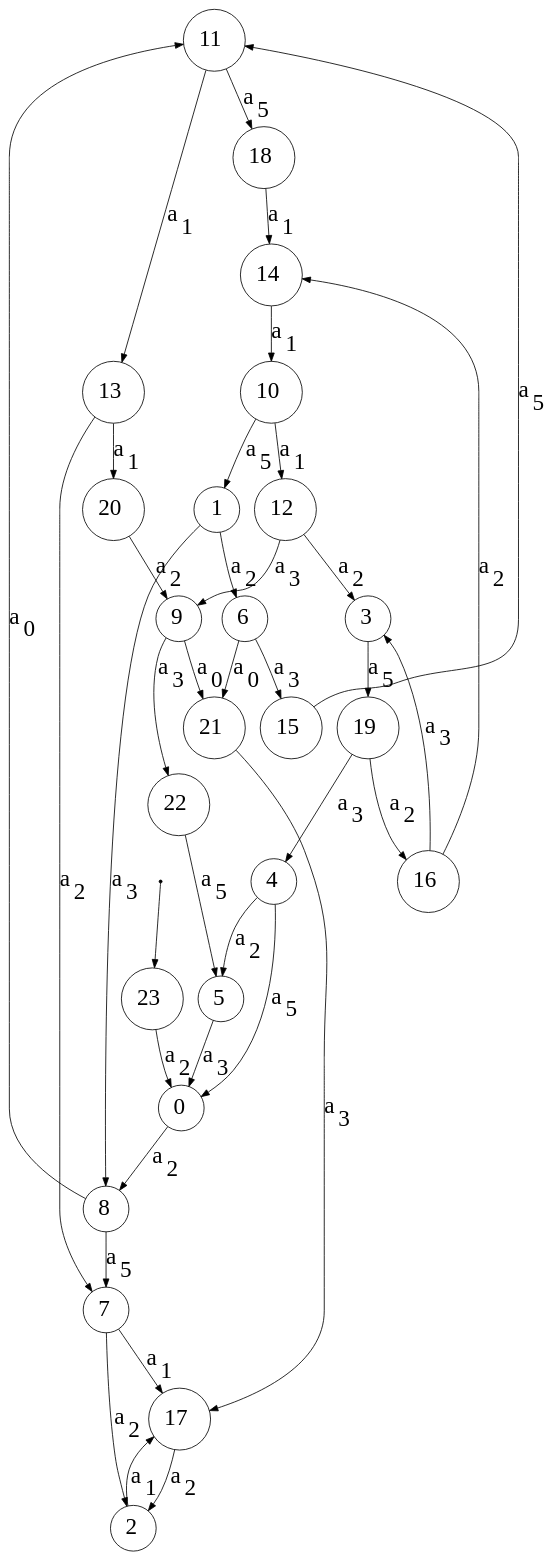
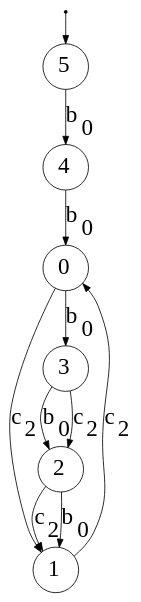
Before and after one commit to Reithger/Finite-State-Machine-Model: the diagram in dotsource.dot, drawn with Graphviz. The commit also changed 1 other file, not shown here.

```diff
--- a/dotsource.dot
+++ b/dotsource.dot
@@ -1,64 +1,19 @@
 digraph G {
-"n0"[label= <11> shape=circle color="black" style=wedged fillcolor="white" style=filled fontsize="28"];
-"n1"[label= <22> shape=circle color="black" style=wedged fillcolor="white" style=filled fontsize="28"];
-"n2"[label= <12> shape=circle color="black" style=wedged fillcolor="white" style=filled fontsize="28"];
-"n3"[label= <23> shape=circle color="black" style=wedged fillcolor="white" style=filled fontsize="28"];
-"ArbitraryUnusedNameNoWorriesJustGrooving4"[fontSize=1 shape=point];
-"n4"[label= <13> shape=circle color="black" style=wedged fillcolor="white" style=filled fontsize="28"];
-"n5"[label= <14> shape=circle color="black" style=wedged fillcolor="white" style=filled fontsize="28"];
-"n6"[label= <15> shape=circle color="black" style=wedged fillcolor="white" style=filled fontsize="28"];
-"n7"[label= <16> shape=circle color="black" style=wedged fillcolor="white" style=filled fontsize="28"];
-"n8"[label= <17> shape=circle color="black" style=wedged fillcolor="white" style=filled fontsize="28"];
-"n9"[label= <18> shape=circle color="black" style=wedged fillcolor="white" style=filled fontsize="28"];
-"n10"[label= <19> shape=circle color="black" style=wedged fillcolor="white" style=filled fontsize="28"];
-"n11"[label= <0> shape=circle color="black" style=wedged fillcolor="white" style=filled fontsize="28"];
-"n12"[label= <1> shape=circle color="black" style=wedged fillcolor="white" style=filled fontsize="28"];
-"n13"[label= <2> shape=circle color="black" style=wedged fillcolor="white" style=filled fontsize="28"];
-"n14"[label= <3> shape=circle color="black" style=wedged fillcolor="white" style=filled fontsize="28"];
-"n15"[label= <4> shape=circle color="black" style=wedged fillcolor="white" style=filled fontsize="28"];
-"n16"[label= <5> shape=circle color="black" style=wedged fillcolor="white" style=filled fontsize="28"];
-"n17"[label= <6> shape=circle color="black" style=wedged fillcolor="white" style=filled fontsize="28"];
-"n18"[label= <7> shape=circle color="black" style=wedged fillcolor="white" style=filled fontsize="28"];
-"n19"[label= <8> shape=circle color="black" style=wedged fillcolor="white" style=filled fontsize="28"];
-"n20"[label= <9> shape=circle color="black" style=wedged fillcolor="white" style=filled fontsize="28"];
-"n21"[label= <20> shape=circle color="black" style=wedged fillcolor="white" style=filled fontsize="28"];
-"n22"[label= <10> shape=circle color="black" style=wedged fillcolor="white" style=filled fontsize="28"];
-"n23"[label= <21> shape=circle color="black" style=wedged fillcolor="white" style=filled fontsize="28"];
-{"ArbitraryUnusedNameNoWorriesJustGrooving4"}->{"n3"};
-{"n0"}->{"n4"}[label = <a<sub>1</sub>> color="black" arrowhead="normal" style="" fontsize="28"];
-{"n0"}->{"n9"}[label = <a<sub>5</sub>> color="black" arrowhead="normal" style="" fontsize="28"];
-{"n1"}->{"n16"}[label = <a<sub>5</sub>> color="black" arrowhead="normal" style="" fontsize="28"];
-{"n2"}->{"n20"}[label = <a<sub>3</sub>> color="black" arrowhead="normal" style="" fontsize="28"];
-{"n2"}->{"n14"}[label = <a<sub>2</sub>> color="black" arrowhead="normal" style="" fontsize="28"];
-{"n3"}->{"n11"}[label = <a<sub>2</sub>> color="black" arrowhead="normal" style="" fontsize="28"];
-{"n4"}->{"n18"}[label = <a<sub>2</sub>> color="black" arrowhead="normal" style="" fontsize="28"];
-{"n4"}->{"n21"}[label = <a<sub>1</sub>> color="black" arrowhead="normal" style="" fontsize="28"];
-{"n5"}->{"n22"}[label = <a<sub>1</sub>> color="black" arrowhead="normal" style="" fontsize="28"];
-{"n6"}->{"n0"}[label = <a<sub>5</sub>> color="black" arrowhead="normal" style="" fontsize="28"];
-{"n7"}->{"n5"}[label = <a<sub>2</sub>> color="black" arrowhead="normal" style="" fontsize="28"];
-{"n7"}->{"n14"}[label = <a<sub>3</sub>> color="black" arrowhead="normal" style="" fontsize="28"];
-{"n8"}->{"n13"}[label = <a<sub>2</sub>> color="black" arrowhead="normal" style="" fontsize="28"];
-{"n9"}->{"n5"}[label = <a<sub>1</sub>> color="black" arrowhead="normal" style="" fontsize="28"];
-{"n10"}->{"n15"}[label = <a<sub>3</sub>> color="black" arrowhead="normal" style="" fontsize="28"];
-{"n10"}->{"n7"}[label = <a<sub>2</sub>> color="black" arrowhead="normal" style="" fontsize="28"];
-{"n11"}->{"n19"}[label = <a<sub>2</sub>> color="black" arrowhead="normal" style="" fontsize="28"];
-{"n12"}->{"n19"}[label = <a<sub>3</sub>> color="black" arrowhead="normal" style="" fontsize="28"];
-{"n12"}->{"n17"}[label = <a<sub>2</sub>> color="black" arrowhead="normal" style="" fontsize="28"];
-{"n13"}->{"n8"}[label = <a<sub>1</sub>> color="black" arrowhead="normal" style="" fontsize="28"];
-{"n14"}->{"n10"}[label = <a<sub>5</sub>> color="black" arrowhead="normal" style="" fontsize="28"];
-{"n15"}->{"n11"}[label = <a<sub>5</sub>> color="black" arrowhead="normal" style="" fontsize="28"];
-{"n15"}->{"n16"}[label = <a<sub>2</sub>> color="black" arrowhead="normal" style="" fontsize="28"];
-{"n16"}->{"n11"}[label = <a<sub>3</sub>> color="black" arrowhead="normal" style="" fontsize="28"];
-{"n17"}->{"n6"}[label = <a<sub>3</sub>> color="black" arrowhead="normal" style="" fontsize="28"];
-{"n17"}->{"n23"}[label = <a<sub>0</sub>> color="black" arrowhead="normal" style="" fontsize="28"];
-{"n18"}->{"n8"}[label = <a<sub>1</sub>> color="black" arrowhead="normal" style="" fontsize="28"];
-{"n18"}->{"n13"}[label = <a<sub>2</sub>> color="black" arrowhead="normal" style="" fontsize="28"];
-{"n19"}->{"n0"}[label = <a<sub>0</sub>> color="black" arrowhead="normal" style="" fontsize="28"];
-{"n19"}->{"n18"}[label = <a<sub>5</sub>> color="black" arrowhead="normal" style="" fontsize="28"];
-{"n20"}->{"n23"}[label = <a<sub>0</sub>> color="black" arrowhead="normal" style="" fontsize="28"];
-{"n20"}->{"n1"}[label = <a<sub>3</sub>> color="black" arrowhead="normal" style="" fontsize="28"];
-{"n21"}->{"n20"}[label = <a<sub>2</sub>> color="black" arrowhead="normal" style="" fontsize="28"];
-{"n22"}->{"n12"}[label = <a<sub>5</sub>> color="black" arrowhead="normal" style="" fontsize="28"];
-{"n22"}->{"n2"}[label = <a<sub>1</sub>> color="black" arrowhead="normal" style="" fontsize="28"];
-{"n23"}->{"n8"}[label = <a<sub>3</sub>> color="black" arrowhead="normal" style="" fontsize="28"];
+"n0"[label= <0> shape=circle color="black" style=wedged fillcolor="white" style=filled fontsize="28"];
+"n1"[label= <1> shape=circle color="black" style=wedged fillcolor="white" style=filled fontsize="28"];
+"n2"[label= <2> shape=circle color="black" style=wedged fillcolor="white" style=filled fontsize="28"];
+"n3"[label= <3> shape=circle color="black" style=wedged fillcolor="white" style=filled fontsize="28"];
+"n4"[label= <4> shape=circle color="black" style=wedged fillcolor="white" style=filled fontsize="28"];
+"n5"[label= <5> shape=circle color="black" style=wedged fillcolor="white" style=filled fontsize="28"];
+"ArbitraryUnusedNameNoWorriesJustGrooving6"[fontSize=1 shape=point];
+{"ArbitraryUnusedNameNoWorriesJustGrooving6"}->{"n5"};
+{"n0"}->{"n1"}[label = <c<sub>2</sub>> color="black" arrowhead="normal" style="" fontsize="28"];
+{"n0"}->{"n3"}[label = <b<sub>0</sub>> color="black" arrowhead="normal" style="" fontsize="28"];
+{"n1"}->{"n0"}[label = <c<sub>2</sub>> color="black" arrowhead="normal" style="" fontsize="28"];
+{"n2"}->{"n1"}[label = <c<sub>2</sub>> color="black" arrowhead="normal" style="" fontsize="28"];
+{"n2"}->{"n1"}[label = <b<sub>0</sub>> color="black" arrowhead="normal" style="" fontsize="28"];
+{"n3"}->{"n2"}[label = <b<sub>0</sub>> color="black" arrowhead="normal" style="" fontsize="28"];
+{"n3"}->{"n2"}[label = <c<sub>2</sub>> color="black" arrowhead="normal" style="" fontsize="28"];
+{"n4"}->{"n0"}[label = <b<sub>0</sub>> color="black" arrowhead="normal" style="" fontsize="28"];
+{"n5"}->{"n4"}[label = <b<sub>0</sub>> color="black" arrowhead="normal" style="" fontsize="28"];
 }
```
